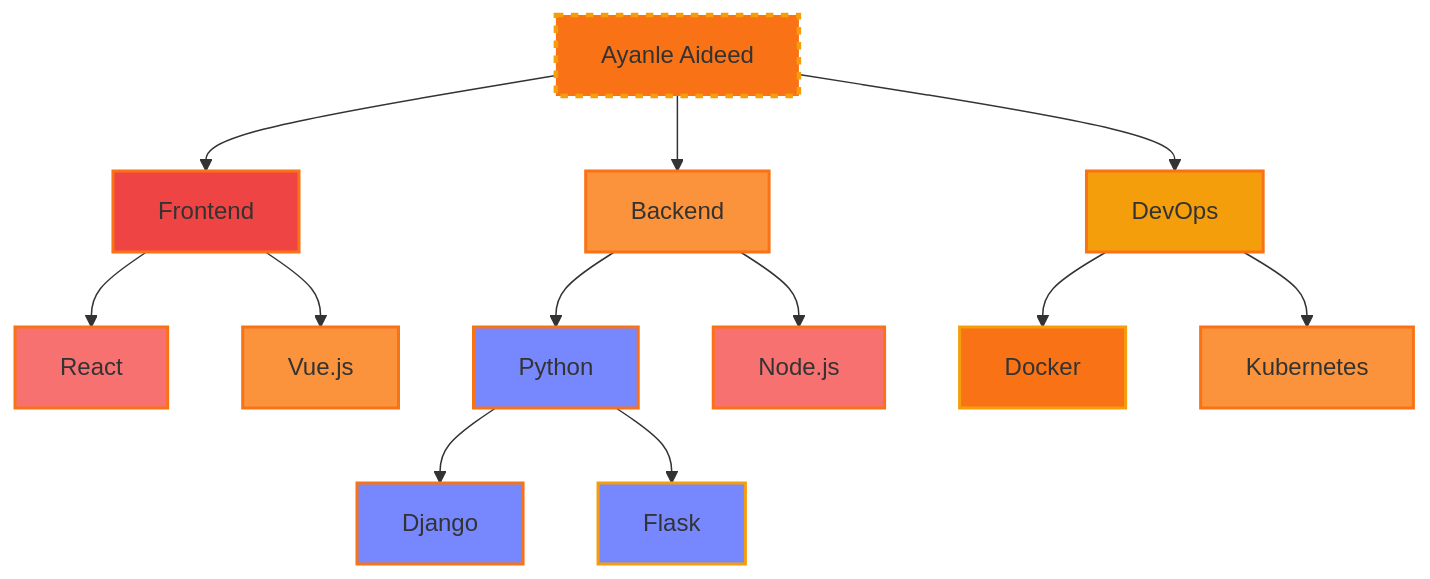
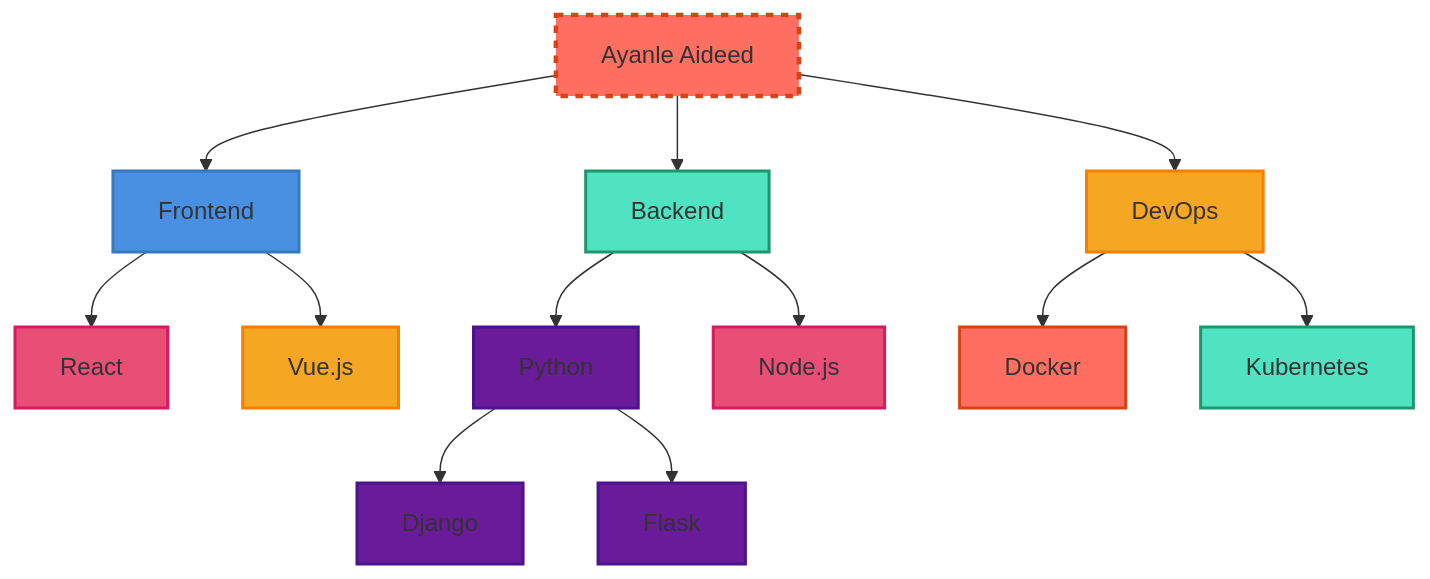
Before and after one commit to Ayanleaideed/Ayanleaideed: the diagram in README.md, drawn with Mermaid. The commit also changed other lines of this file, not shown here.

````diff
--- a/README.md
+++ b/README.md
@@ -113,26 +113,27 @@
 ```mermaid
 graph TD
     A[Ayanle Aideed] --> B[Frontend]
     A --> C[Backend]
     A --> D[DevOps]
     B --> E[React]
     B --> F[Vue.js]
     C --> G[Python]
     C --> H[Node.js]
     D --> I[Docker]
     D --> J[Kubernetes]
     G --> L[Django]
     G --> M[Flask]
-    style A fill:#F97316,stroke:#F59E0B,stroke-width:3px,stroke-dasharray: 5 5
-    style B fill:#EF4444,stroke:#F97316,stroke-width:2px
-    style C fill:#FB923C,stroke:#F97316,stroke-width:2px
-    style D fill:#F59E0B,stroke:#F97316,stroke-width:2px
-    style E fill:#F87171,stroke:#F97316,stroke-width:2px
-    style F fill:#FB923C,stroke:#F97316,stroke-width:2px
-    style G fill:#7788ff,stroke:#F97316,stroke-width:2px
-    style H fill:#F87171,stroke:#F97316,stroke-width:2px
-    style I fill:#F97316,stroke:#F59E0B,stroke-width:2px
-    style J fill:#FB923C,stroke:#F97316,stroke-width:2px
-    style L fill:#7788ff,stroke:#F97316,stroke-width:2px
-    style M fill:#7788ff,stroke:#F59E0B,stroke-width:2px
+    style A fill:#FF6F61,stroke:#D84315,stroke-width:3px,stroke-dasharray: 5 5
+    style B fill:#4A90E2,stroke:#357ABD,stroke-width:2px
+    style C fill:#50E3C2,stroke:#1D976C,stroke-width:2px
+    style D fill:#F5A623,stroke:#F57F00,stroke-width:2px
+    style E fill:#E94E77,stroke:#D81B60,stroke-width:2px
+    style F fill:#F5A623,stroke:#F57F00,stroke-width:2px
+    style G fill:#6A1B9A,stroke:#4A148C,stroke-width:2px
+    style H fill:#E94E77,stroke:#D81B60,stroke-width:2px
+    style I fill:#FF6F61,stroke:#D84315,stroke-width:2px
+    style J fill:#50E3C2,stroke:#1D976C,stroke-width:2px
+    style L fill:#6A1B9A,stroke:#4A148C,stroke-width:2px
+    style M fill:#6A1B9A,stroke:#4A148C,stroke-width:2px
+
 ```
````
